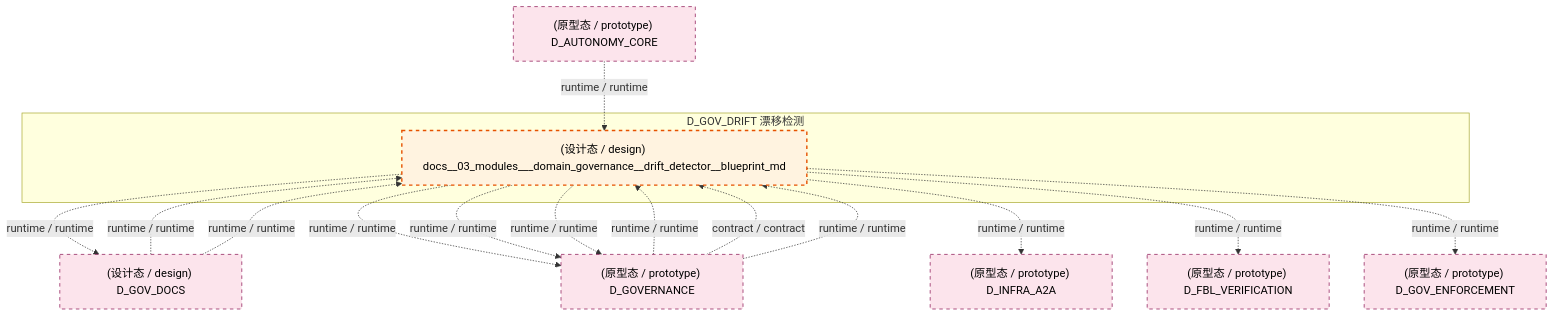
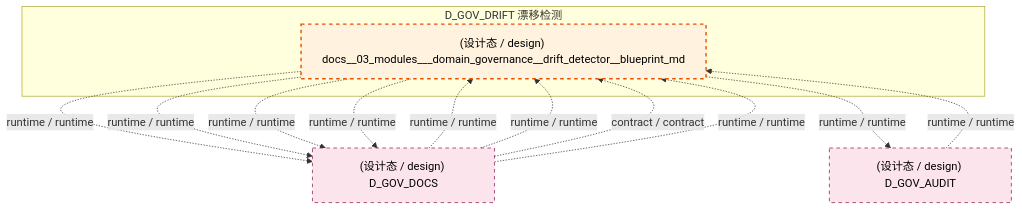
Before and after one commit to xuanFelixVan/ZephyrAlpha: the fifth of 7 diagrams in docs/02_enterprise_architecture/02_domain_architecture_docs/41_d_gov_drift.md, drawn with Mermaid. The commit also changed other lines of this file and 126 other files, not shown here.

````diff
--- a/docs/02_enterprise_architecture/02_domain_architecture_docs/41_d_gov_drift.md
+++ b/docs/02_enterprise_architecture/02_domain_architecture_docs/41_d_gov_drift.md
@@ -556,31 +541,24 @@
 ```mermaid
 graph TD
     subgraph D_GOV_DRIFT["D_GOV_DRIFT 漂移检测"]
         docs_03_modules_domain_governance_drift_detector_blueprint_md["(设计态 / design) docs__03_modules___domain_governance__drift_detector__blueprint_md"]
     end
     D_GOV_DOCS["(设计态 / design) D_GOV_DOCS"]
     docs_03_modules_domain_governance_drift_detector_blueprint_md -.->|runtime / runtime| D_GOV_DOCS
-    D_GOVERNANCE["(原型态 / prototype) D_GOVERNANCE"]
-    docs_03_modules_domain_governance_drift_detector_blueprint_md -.->|runtime / runtime| D_GOVERNANCE
-    docs_03_modules_domain_governance_drift_detector_blueprint_md -.->|runtime / runtime| D_GOVERNANCE
-    D_INFRA_A2A["(原型态 / prototype) D_INFRA_A2A"]
-    docs_03_modules_domain_governance_drift_detector_blueprint_md -.->|runtime / runtime| D_INFRA_A2A
-    D_FBL_VERIFICATION["(原型态 / prototype) D_FBL_VERIFICATION"]
-    docs_03_modules_domain_governance_drift_detector_blueprint_md -.->|runtime / runtime| D_FBL_VERIFICATION
-    D_GOV_ENFORCEMENT["(原型态 / prototype) D_GOV_ENFORCEMENT"]
-    docs_03_modules_domain_governance_drift_detector_blueprint_md -.->|runtime / runtime| D_GOV_ENFORCEMENT
-    docs_03_modules_domain_governance_drift_detector_blueprint_md -.->|runtime / runtime| D_GOVERNANCE
-    D_GOVERNANCE -.->|runtime / runtime| docs_03_modules_domain_governance_drift_detector_blueprint_md
+    D_GOV_AUDIT["(设计态 / design) D_GOV_AUDIT"]
+    docs_03_modules_domain_governance_drift_detector_blueprint_md -.->|runtime / runtime| D_GOV_AUDIT
+    docs_03_modules_domain_governance_drift_detector_blueprint_md -.->|runtime / runtime| D_GOV_DOCS
+    docs_03_modules_domain_governance_drift_detector_blueprint_md -.->|runtime / runtime| D_GOV_DOCS
+    docs_03_modules_domain_governance_drift_detector_blueprint_md -.->|runtime / runtime| D_GOV_DOCS
+    D_GOV_AUDIT -.->|runtime / runtime| docs_03_modules_domain_governance_drift_detector_blueprint_md
     D_GOV_DOCS -.->|runtime / runtime| docs_03_modules_domain_governance_drift_detector_blueprint_md
     D_GOV_DOCS -.->|runtime / runtime| docs_03_modules_domain_governance_drift_detector_blueprint_md
-    D_GOVERNANCE -.->|contract / contract| docs_03_modules_domain_governance_drift_detector_blueprint_md
-    D_GOVERNANCE -.->|runtime / runtime| docs_03_modules_domain_governance_drift_detector_blueprint_md
-    D_AUTONOMY_CORE["(原型态 / prototype) D_AUTONOMY_CORE"]
-    D_AUTONOMY_CORE -.->|runtime / runtime| docs_03_modules_domain_governance_drift_detector_blueprint_md
+    D_GOV_DOCS -.->|contract / contract| docs_03_modules_domain_governance_drift_detector_blueprint_md
+    D_GOV_DOCS -.->|runtime / runtime| docs_03_modules_domain_governance_drift_detector_blueprint_md
     classDef production fill:#e1f5fe,stroke:#01579b,stroke-width:2px,color:#000
     classDef design fill:#fff3e0,stroke:#e65100,stroke-width:2px,color:#000,stroke-dasharray: 5 5
     classDef external_prod fill:#e8f5e9,stroke:#1b5e20,stroke-width:1px,color:#000
     classDef external_design fill:#fce4ec,stroke:#880e4f,stroke-width:1px,color:#000,stroke-dasharray: 5 5
     class docs_03_modules_domain_governance_drift_detector_blueprint_md design
-    class D_GOV_DOCS,D_GOVERNANCE,D_INFRA_A2A,D_FBL_VERIFICATION,D_GOV_ENFORCEMENT,D_AUTONOMY_CORE external_design
+    class D_GOV_DOCS,D_GOV_AUDIT external_design
 ```
````
